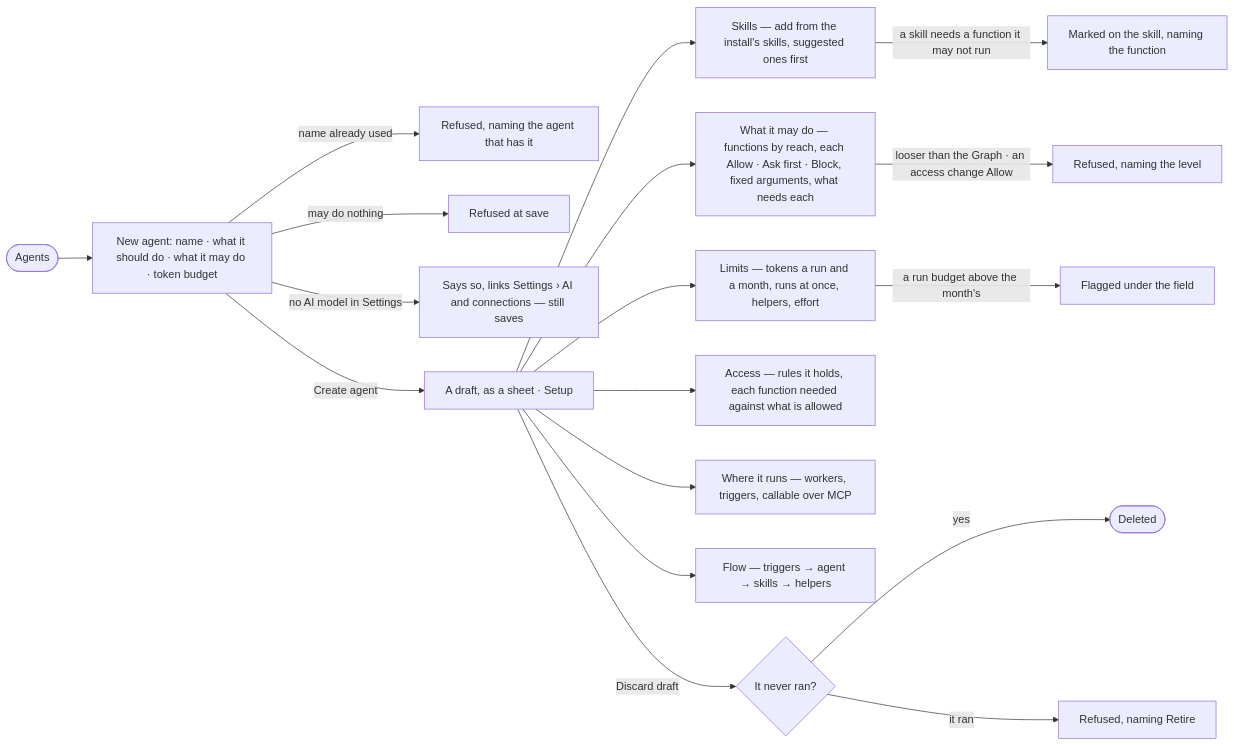
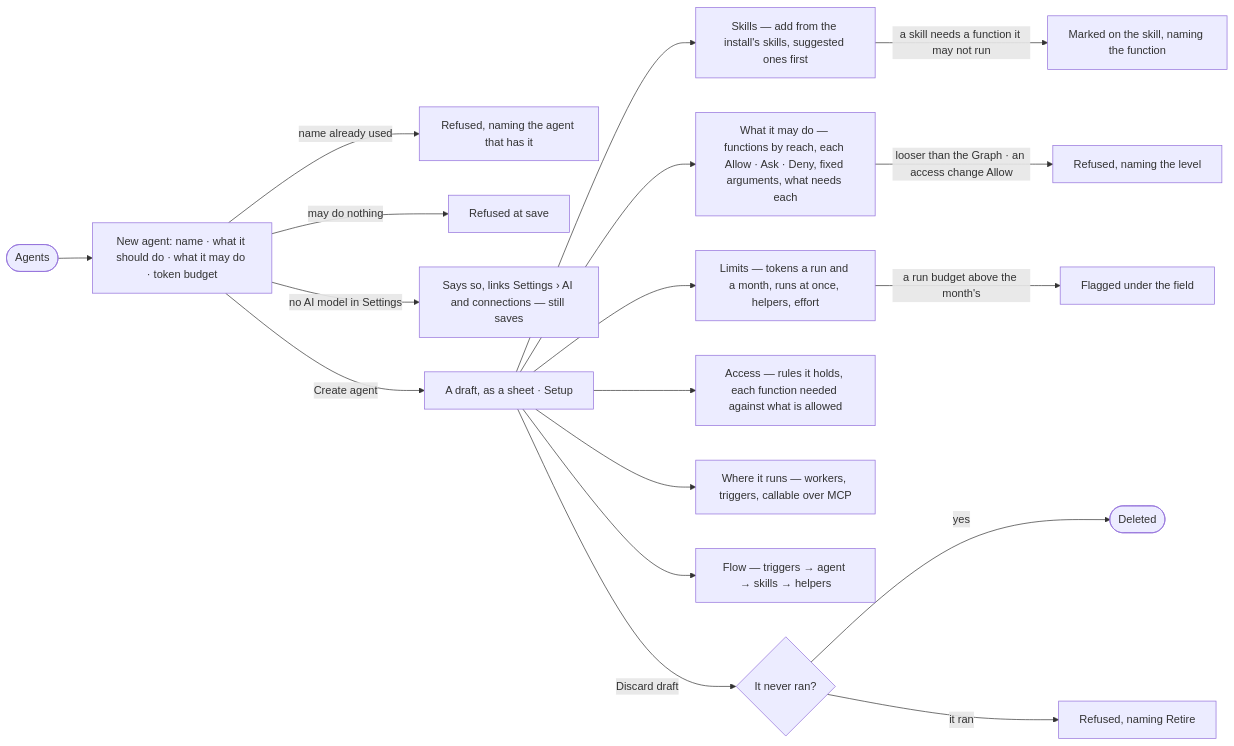
One commit to invana/invana changed the diagram in specs/products/agents/features/AG-F01-build-an-agent/stories/AG-21-draft-an-agent-and-see-what-it-will-do/story.md. Above: the diagram before and after it, drawn with Mermaid. The commit also changed other lines of this file and 30 other files, not shown here.

First line of the commit message:
docs: agent modes read Allow · Ask · Deny, set per Graph and per agent

````diff
--- a/specs/products/agents/features/AG-F01-build-an-agent/stories/AG-21-draft-an-agent-and-see-what-it-will-do/story.md
+++ b/specs/products/agents/features/AG-F01-build-an-agent/stories/AG-21-draft-an-agent-and-see-what-it-will-do/story.md
@@ -27,20 +27,20 @@
 ```mermaid
 flowchart LR
   a([Agents]) --> n["New agent: name · what it should do · what it may do · token budget"]
   n -->|name already used| x1["Refused, naming the agent that has it"]
   n -->|may do nothing| x2["Refused at save"]
   n -->|no AI model in Settings| x3["Says so, links Settings › AI and connections — still saves"]
   n -->|Create agent| d["A draft, as a sheet · Setup"]
   d --> sk["Skills — add from the install's skills, suggested ones first"]
   sk -->|a skill needs a function it may not run| m["Marked on the skill, naming the function"]
-  d --> wm["What it may do — functions by reach, each Allow · Ask first · Block, fixed arguments, what needs each"]
+  d --> wm["What it may do — functions by reach, each Allow · Ask · Deny, fixed arguments, what needs each"]
   wm -->|looser than the Graph · an access change Allow| wx["Refused, naming the level"]
   d --> lim["Limits — tokens a run and a month, runs at once, helpers, effort"]
   lim -->|a run budget above the month's| lw["Flagged under the field"]
   d --> acc["Access — rules it holds, each function needed against what is allowed"]
   d --> dep["Where it runs — workers, triggers, callable over MCP"]
   d --> fl["Flow — triggers → agent → skills → helpers"]
   d -->|Discard draft| dd{It never ran?}
   dd -->|yes| gone([Deleted])
   dd -->|it ran| ddx["Refused, naming Retire"]
 ```
````
